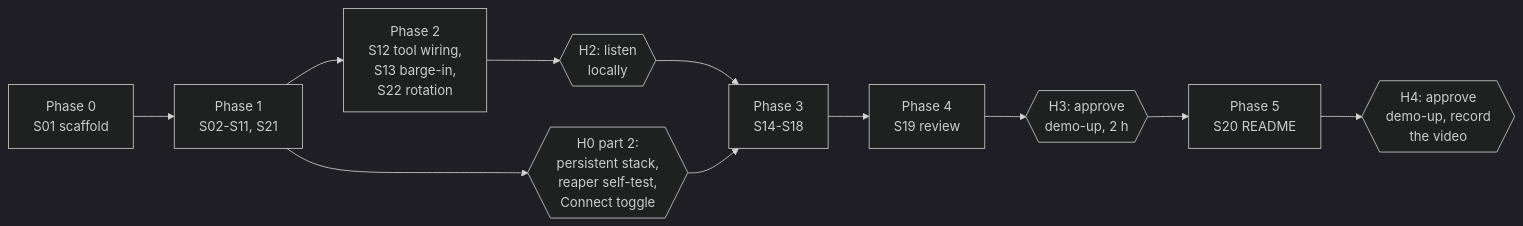
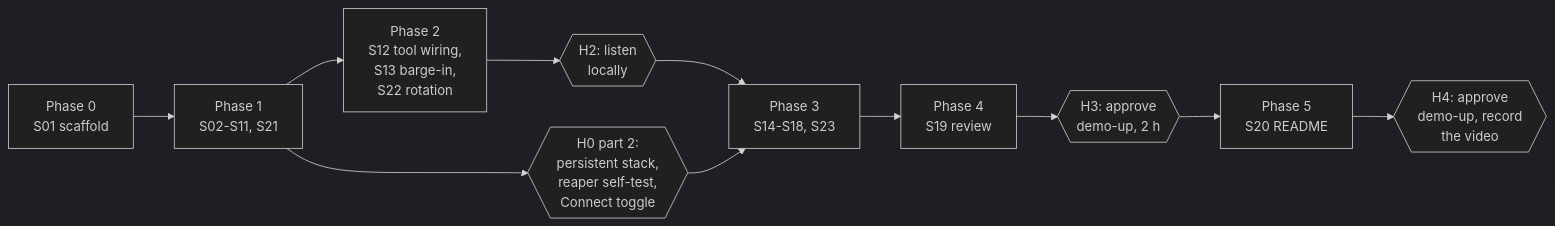
One commit to gpazevedo/supplier-line changed the second of 2 diagrams in docs/build-plan.md. Above: the diagram before and after it, drawn with Mermaid (dark theme). The commit also changed other lines of this file and 1 other file, not shown here.

````diff
--- a/docs/build-plan.md
+++ b/docs/build-plan.md
@@ -202,13 +203,13 @@
 ```mermaid
 flowchart LR
   P0[Phase 0<br/>S01 scaffold] --> P1[Phase 1<br/>S02-S11, S21]
   P1 --> H0b{{H0 part 2:<br/>persistent stack,<br/>reaper self-test,<br/>Connect toggle}}
   P1 --> P2[Phase 2<br/>S12 tool wiring,<br/>S13 barge-in,<br/>S22 rotation]
   P2 --> H2{{H2: listen<br/>locally}}
-  H2 --> P3[Phase 3<br/>S14-S18]
+  H2 --> P3[Phase 3<br/>S14-S18, S23]
   H0b --> P3
   P3 --> P4[Phase 4<br/>S19 review]
   P4 --> H3{{H3: approve<br/>demo-up, 2 h}}
   H3 --> P5[Phase 5<br/>S20 README]
   P5 --> H4{{H4: approve<br/>demo-up, record<br/>the video}}
 ```
````
